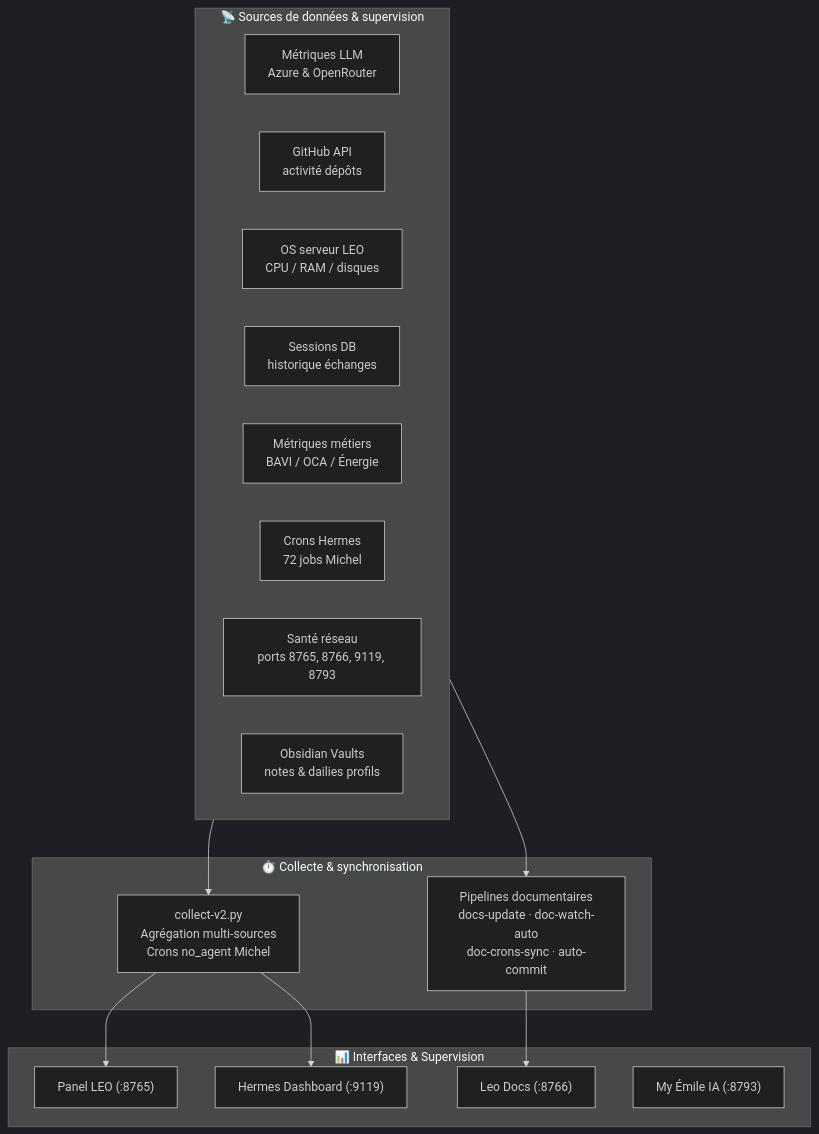
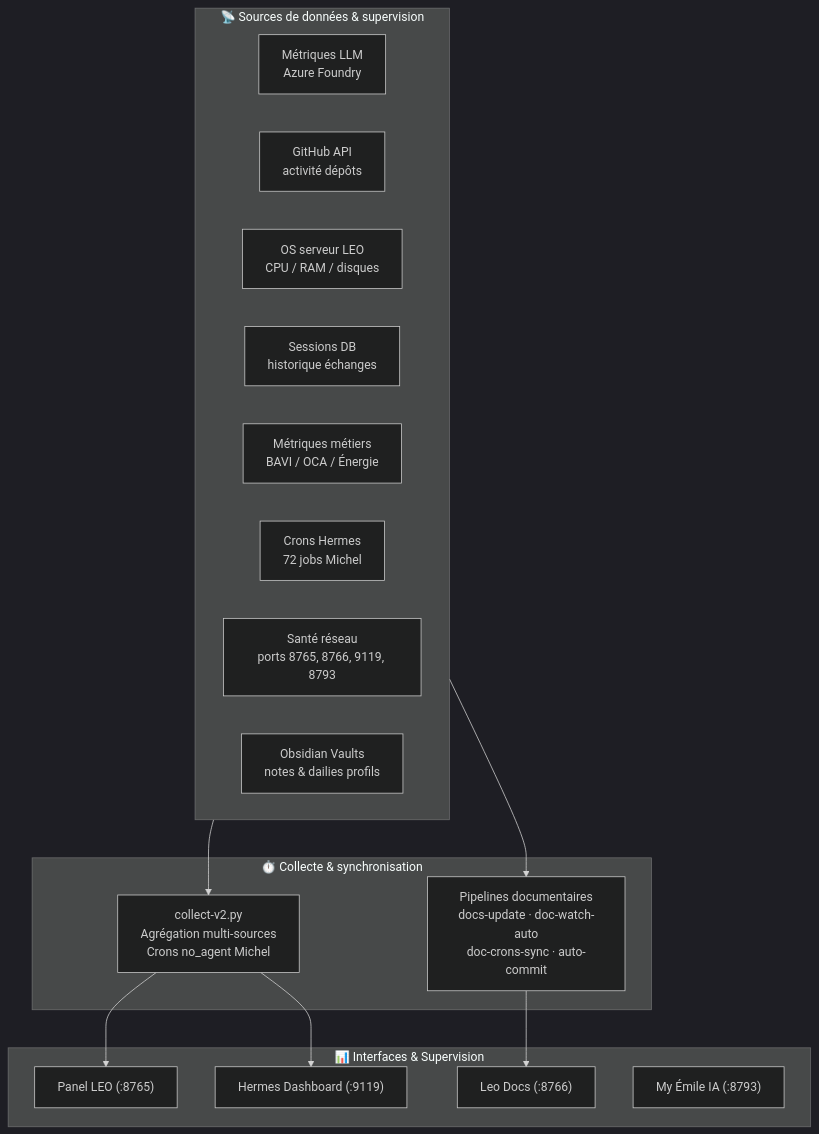
Before and after one commit to christophedanhier-hash/hermes-wiki: the third of 3 diagrams in docs/hermes/architecture.md, drawn with Mermaid (dark theme). The commit also changed other lines of this file and 13 other files, not shown here.

Commit message:
docs(hermes-wiki): fournisseurs LLM reels et compteurs dates (OpenRouter non utilise ; 115 crons / 105 actifs ; 22 onglets)

````diff
--- a/docs/hermes/architecture.md
+++ b/docs/hermes/architecture.md
@@ -222,31 +222,31 @@
 ```mermaid
 flowchart TB
     subgraph Sources["📡 Sources de données & supervision"]
-        LLM_M["Métriques LLM<br/>Azure & OpenRouter"]
+        LLM_M["Métriques LLM<br/>Azure Foundry"]
         GH_API["GitHub API<br/>activité dépôts"]
         OS["OS serveur LEO<br/>CPU / RAM / disques"]
         SESS["Sessions DB<br/>historique échanges"]
         BAVI_M["Métriques métiers<br/>BAVI / OCA / Énergie"]
         CRONS_M["Crons Hermes<br/>72 jobs Michel"]
         SVCS["Santé réseau<br/>ports 8765, 8766, 9119, 8793"]
         VAULTS["Obsidian Vaults<br/>notes & dailies profils"]
     end
 
     subgraph Collecte["⏱️ Collecte & synchronisation"]
         COLLECT["collect-v2.py<br/>Agrégation multi-sources<br/>Crons no_agent Michel"]
         PIPES["Pipelines documentaires<br/>docs-update · doc-watch-auto<br/>doc-crons-sync · auto-commit"]
     end
 
     subgraph Dashboards["📊 Interfaces & Supervision"]
         PANEL["Panel LEO (:8765)"]
         DOCS["Leo Docs (:8766)"]
         HDASH["Hermes Dashboard (:9119)"]
         EMILE_UI["My Émile IA (:8793)"]
     end
 
     Sources --> COLLECT
     Sources --> PIPES
     COLLECT --> PANEL
     COLLECT --> HDASH
     PIPES --> DOCS
 ```
````
